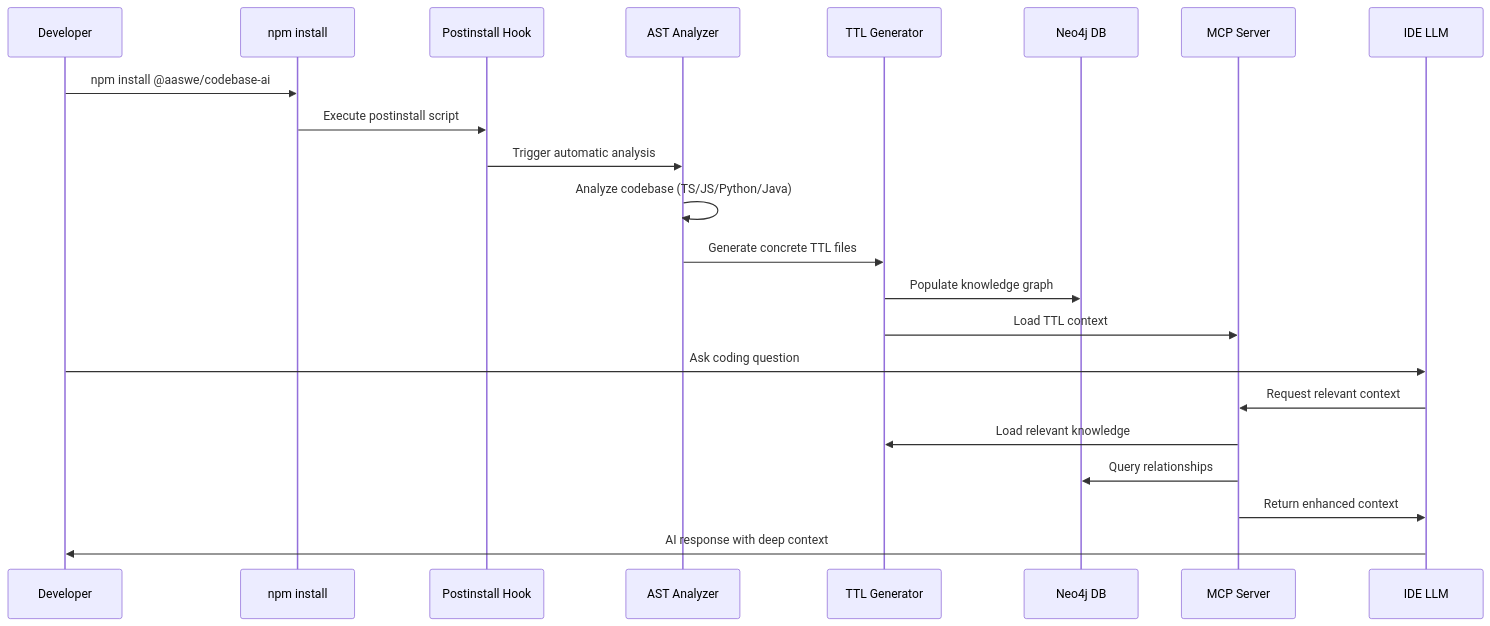
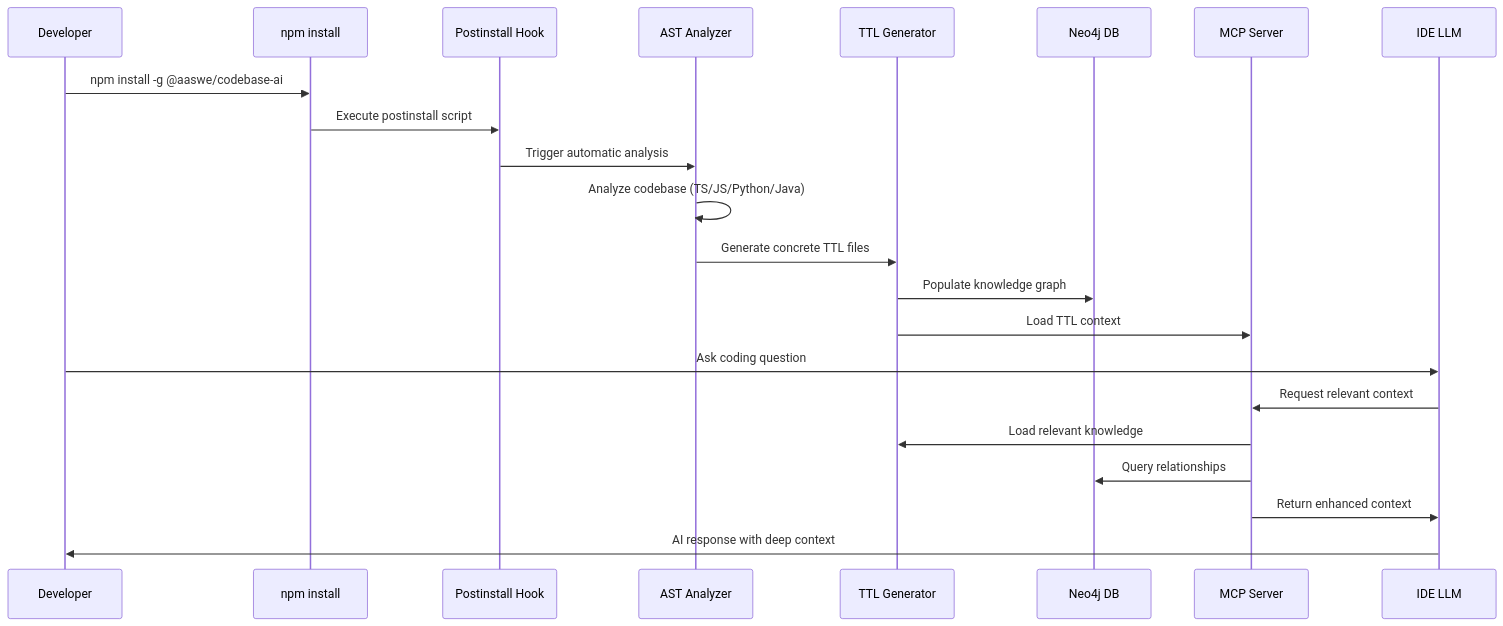
One commit to AssahBismarkabah/AIDe changed the second of 6 diagrams in main/docs/FINAL_SYSTEM_ARCHITECTURE.md. Above: the diagram before and after it, drawn with Mermaid. The commit also changed other lines of this file and 11 other files, not shown here.

````diff
--- a/main/docs/FINAL_SYSTEM_ARCHITECTURE.md
+++ b/main/docs/FINAL_SYSTEM_ARCHITECTURE.md
@@ -100,26 +103,26 @@
 ```mermaid
 sequenceDiagram
     participant Dev as Developer
     participant NPM as npm install
     participant Hook as Postinstall Hook
     participant AST as AST Analyzer
     participant TTL as TTL Generator
     participant Neo4j as Neo4j DB
     participant MCP as MCP Server
     participant IDE as IDE LLM
     
-    Dev->>NPM: npm install @aaswe/codebase-ai
+    Dev->>NPM: npm install -g @aaswe/codebase-ai
     NPM->>Hook: Execute postinstall script
     Hook->>AST: Trigger automatic analysis
     AST->>AST: Analyze codebase (TS/JS/Python/Java)
     AST->>TTL: Generate concrete TTL files
     TTL->>Neo4j: Populate knowledge graph
     TTL->>MCP: Load TTL context
     
     Dev->>IDE: Ask coding question
     IDE->>MCP: Request relevant context
     MCP->>TTL: Load relevant knowledge
     MCP->>Neo4j: Query relationships
     MCP->>IDE: Return enhanced context
     IDE->>Dev: AI response with deep context
 ```
````
